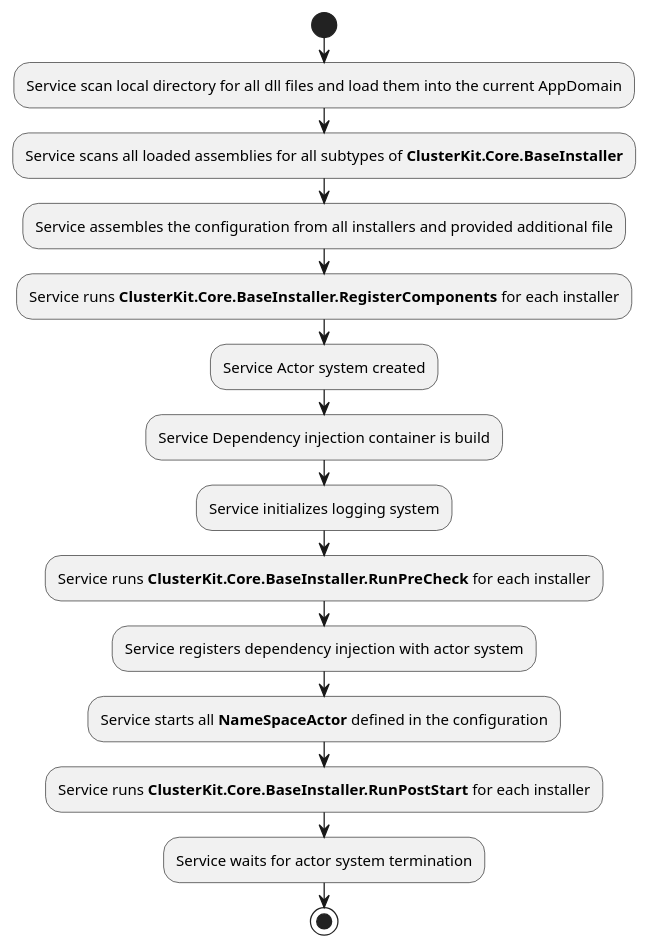
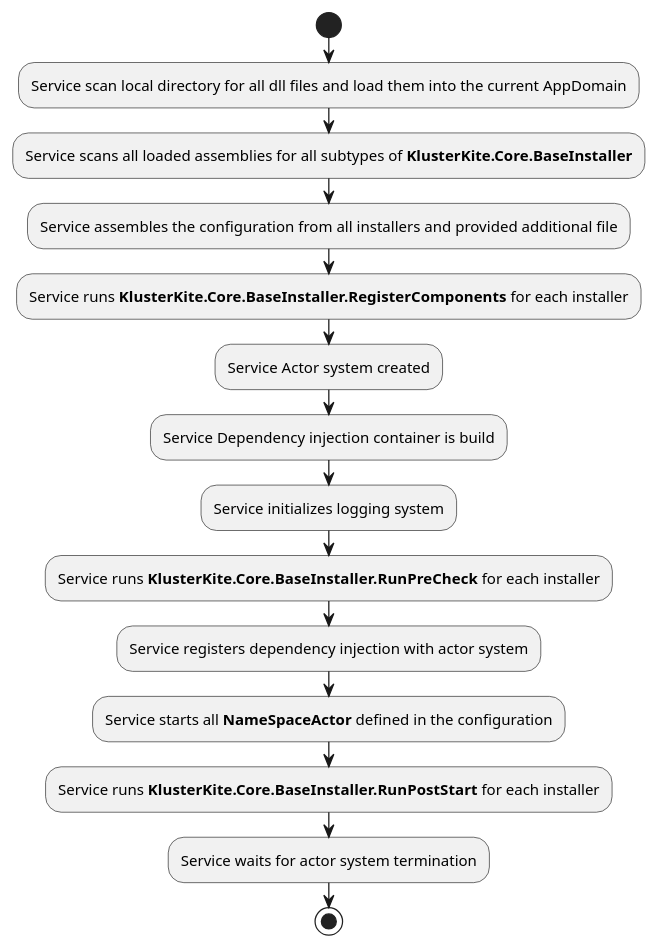
One commit to KlusterKite/KlusterKite changed the diagram in KlusterKite.Core/Documentation/Service.wsd. Above: the diagram before and after it, drawn with PlantUML. The commit also changed 637 other files, not shown here.

Commit message:
KlusterKite renaming: in-files renaming

```diff
--- a/KlusterKite.Core/Documentation/Service.wsd
+++ b/KlusterKite.Core/Documentation/Service.wsd
@@ -1,19 +1,19 @@
 @startuml
 
 start
 
 :Service scan local directory for all dll files and load them into the current AppDomain;
-:Service scans all loaded assemblies for all subtypes of **ClusterKit.Core.BaseInstaller**;
+:Service scans all loaded assemblies for all subtypes of **KlusterKite.Core.BaseInstaller**;
 :Service assembles the configuration from all installers and provided additional file;
-:Service runs **ClusterKit.Core.BaseInstaller.RegisterComponents** for each installer;
+:Service runs **KlusterKite.Core.BaseInstaller.RegisterComponents** for each installer;
 :Service Actor system created;
 :Service Dependency injection container is build;
 :Service initializes logging system;
-:Service runs **ClusterKit.Core.BaseInstaller.RunPreCheck** for each installer;
+:Service runs **KlusterKite.Core.BaseInstaller.RunPreCheck** for each installer;
 :Service registers dependency injection with actor system;
 :Service starts all **NameSpaceActor** defined in the configuration;
-:Service runs **ClusterKit.Core.BaseInstaller.RunPostStart** for each installer;
+:Service runs **KlusterKite.Core.BaseInstaller.RunPostStart** for each installer;
 :Service waits for actor system termination;
 
 stop
 @enduml
```
